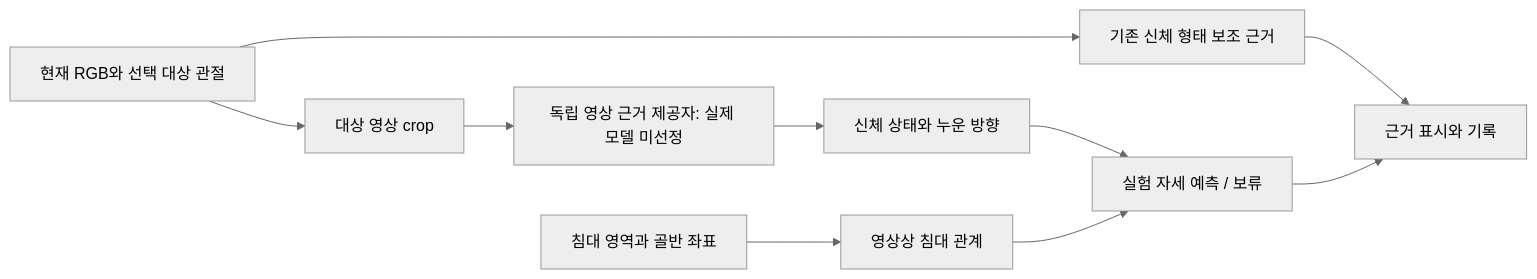
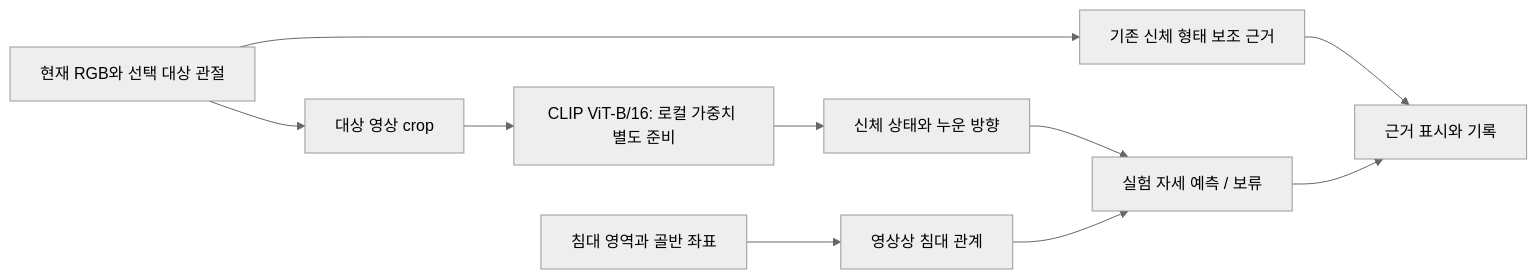
Before and after one commit to zntks1234/bed-pose-skeleton-ai: the diagram in docs/design/AUTOMATIC_POSTURE.md, drawn with Mermaid (neutral theme). The commit also changed other lines of this file and 24 other files, not shown here.

````diff
--- a/docs/design/AUTOMATIC_POSTURE.md
+++ b/docs/design/AUTOMATIC_POSTURE.md
@@ -27,12 +27,12 @@
 ```mermaid
 flowchart LR
     A[현재 RGB와 선택 대상 관절] --> B[대상 영상 crop]
-    B --> C[독립 영상 근거 제공자: 실제 모델 미선정]
+    B --> C[CLIP ViT-B/16: 로컬 가중치 별도 준비]
     A --> D[기존 신체 형태 보조 근거]
     E[침대 영역과 골반 좌표] --> F[영상상 침대 관계]
     C --> G[신체 상태와 누운 방향]
     G --> H[실험 자세 예측 / 보류]
     F --> H
     D --> I[근거 표시와 기록]
     H --> I
 ```
````
